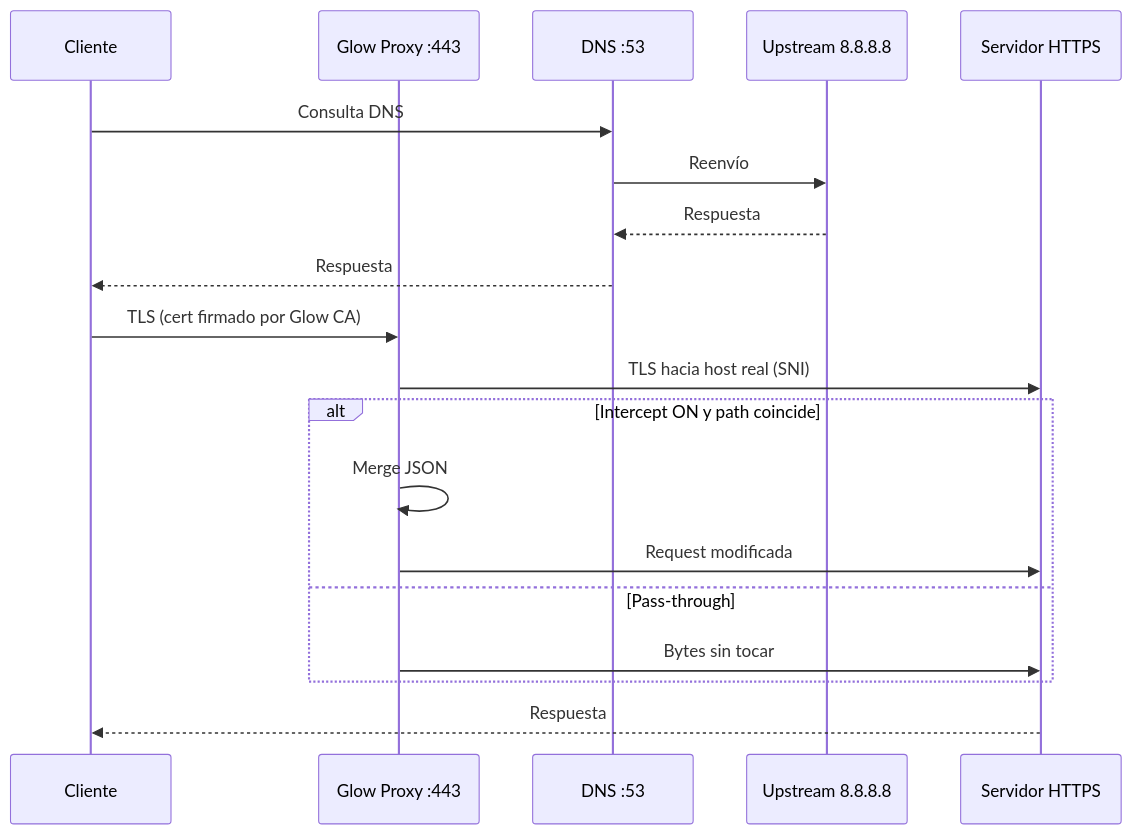
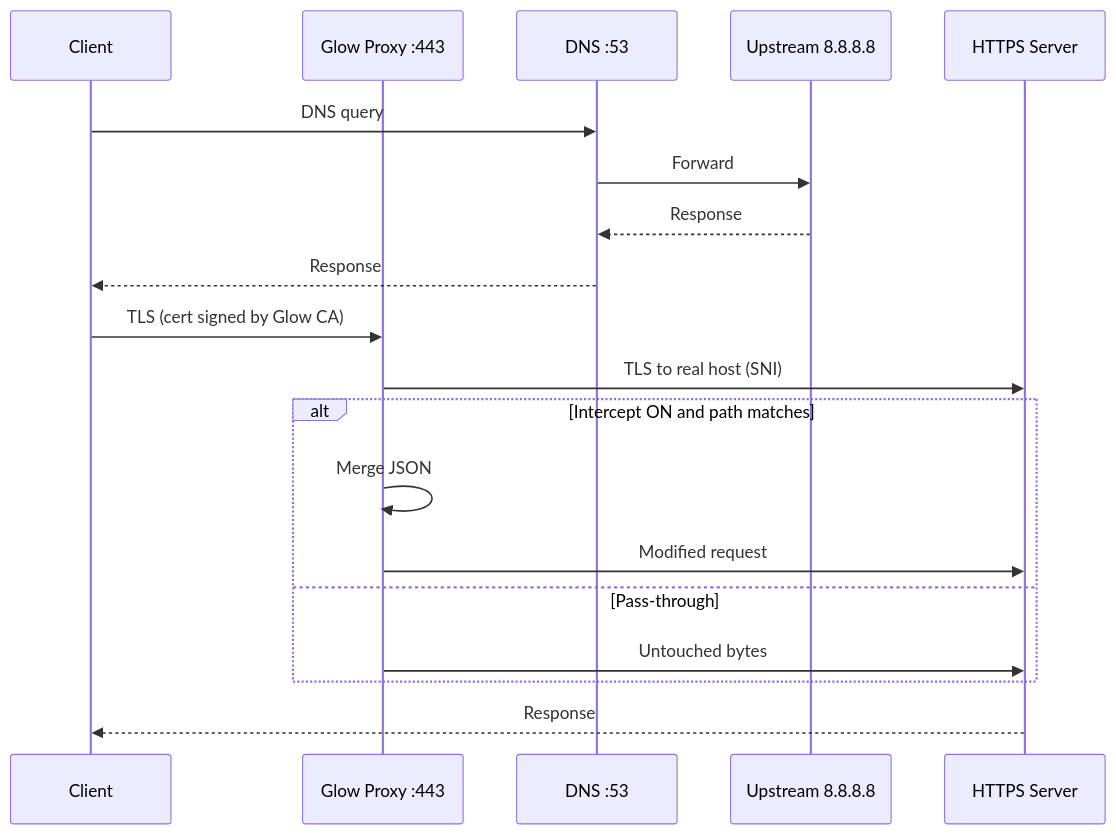
One commit to STWJXSX/Autoresponder changed the diagram in README.md. Above: the diagram before and after it, drawn with Mermaid. The commit also changed other lines of this file, not shown here.

````diff
--- a/README.md
+++ b/README.md
@@ -156,23 +156,23 @@
 ```mermaid
 sequenceDiagram
-  participant C as Cliente
+  participant C as Client
   participant P as Glow Proxy :443
   participant D as DNS :53
   participant U as Upstream 8.8.8.8
-  participant S as Servidor HTTPS
+  participant S as HTTPS Server
 
-  C->>D: Consulta DNS
-  D->>U: Reenvío
-  U-->>D: Respuesta
-  D-->>C: Respuesta
+  C->>D: DNS query
+  D->>U: Forward
+  U-->>D: Response
+  D-->>C: Response
 
-  C->>P: TLS (cert firmado por Glow CA)
-  P->>S: TLS hacia host real (SNI)
-  alt Intercept ON y path coincide
+  C->>P: TLS (cert signed by Glow CA)
+  P->>S: TLS to real host (SNI)
+  alt Intercept ON and path matches
     P->>P: Merge JSON
-    P->>S: Request modificada
+    P->>S: Modified request
   else Pass-through
-    P->>S: Bytes sin tocar
+    P->>S: Untouched bytes
   end
-  S-->>C: Respuesta
+  S-->>C: Response
 ```
````
